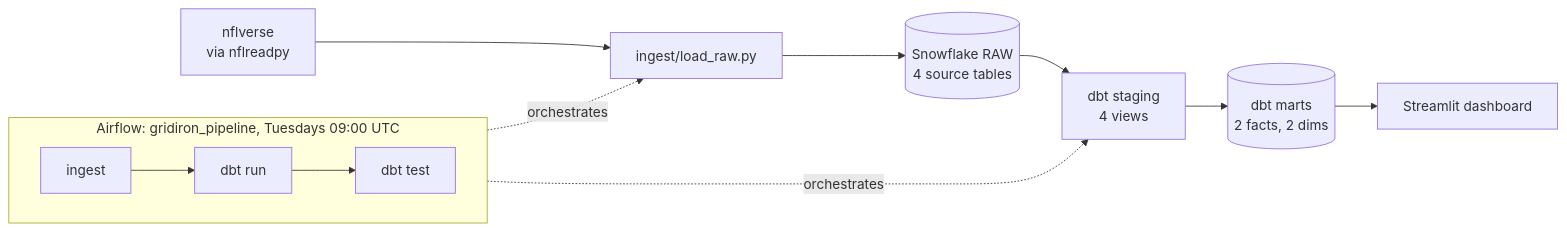
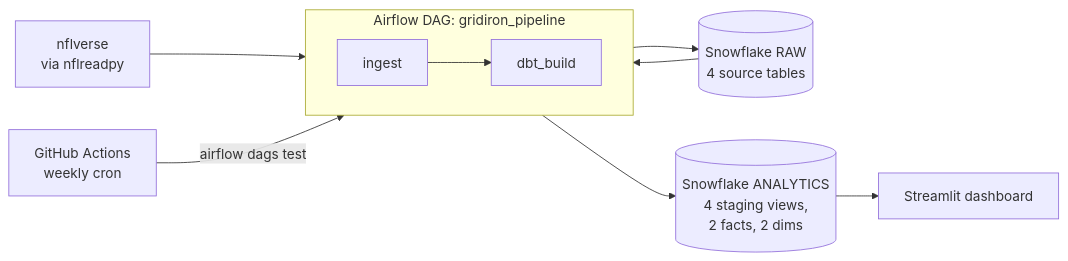
One commit to ayushnair2/Gridiron-Warehouse changed the diagram in README.md. Above: the diagram before and after it, drawn with Mermaid. The commit also changed other lines of this file, not shown here.

Commit message:
Update README for current-season loads, dbt build, and GitHub Actions

````diff
--- a/README.md
+++ b/README.md
@@ -11,16 +12,13 @@
 ```mermaid
 flowchart LR
-    NV[nflverse<br/>via nflreadpy] --> ING[ingest/load_raw.py]
-    ING --> RAW[(Snowflake RAW<br/>4 source tables)]
-    RAW --> STG[dbt staging<br/>4 views]
-    STG --> MARTS[(dbt marts<br/>2 facts, 2 dims)]
+    GHA[GitHub Actions<br/>weekly cron] -->|airflow dags test| AF
+    subgraph AF [Airflow DAG: gridiron_pipeline]
+        direction LR
+        T1[ingest] --> T2[dbt_build]
+    end
+    NV[nflverse<br/>via nflreadpy] --> T1
+    T1 --> RAW[(Snowflake RAW<br/>4 source tables)]
+    RAW --> T2
+    T2 --> MARTS[(Snowflake ANALYTICS<br/>4 staging views,<br/>2 facts, 2 dims)]
     MARTS --> APP[Streamlit dashboard]
-
-    subgraph AF [Airflow: gridiron_pipeline, Tuesdays 09:00 UTC]
-        direction LR
-        T1[ingest] --> T2[dbt run] --> T3[dbt test]
-    end
-
-    AF -.orchestrates.-> ING
-    AF -.orchestrates.-> STG
 ```
````
